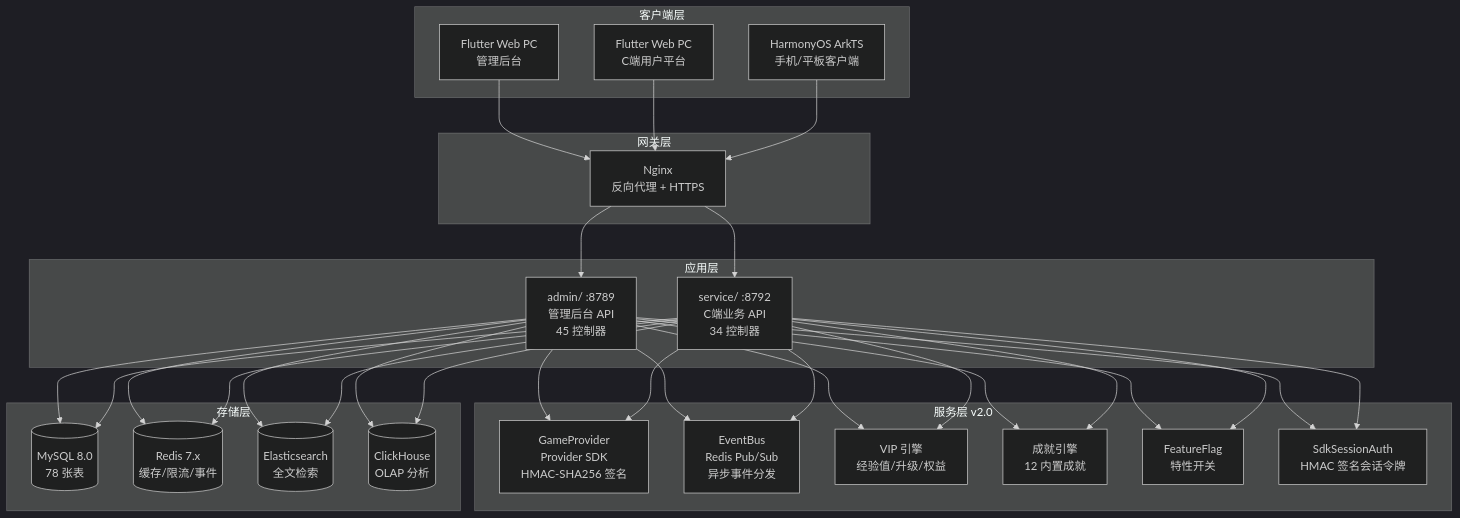
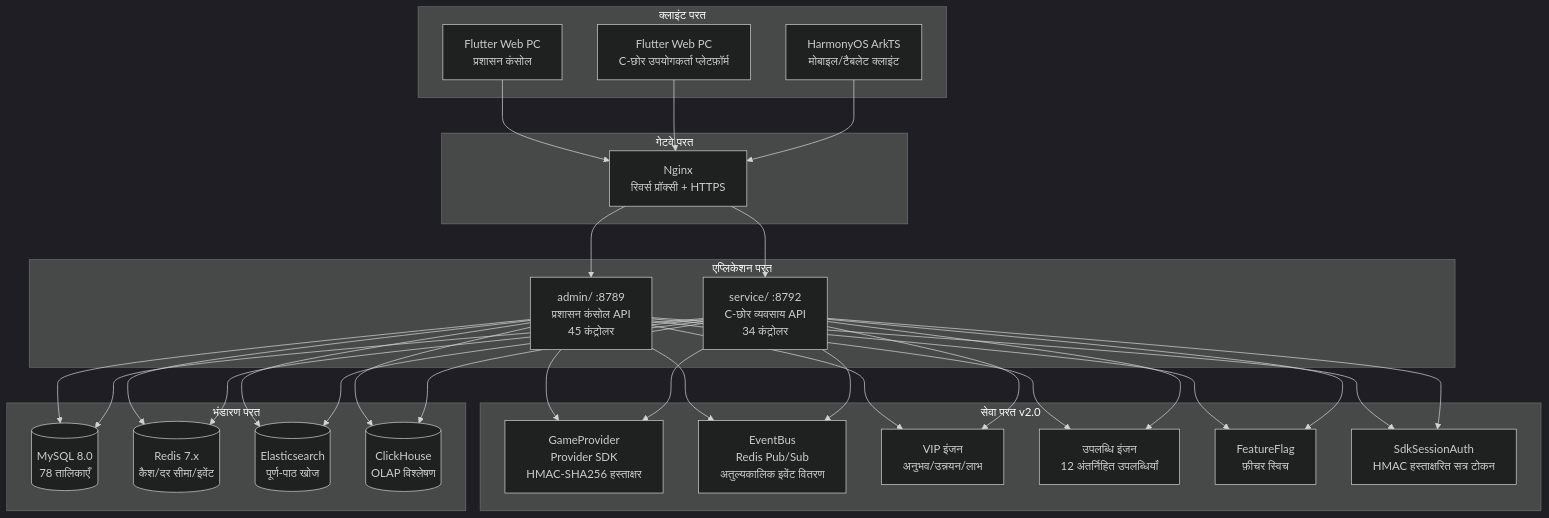
One commit to erikwang2013/game-platform-php changed the diagram in admin/docs/diagrams/01-system-architecture.hi.md. Above: the diagram before and after it, drawn with Mermaid (dark theme). The commit also changed 211 other files, not shown here.

First line of the commit message:
fix: 支付配置读回类型根治、提现事件对账巡检，12 语族 mermaid 与 API 标签本地化

````diff
--- a/admin/docs/diagrams/01-system-architecture.hi.md
+++ b/admin/docs/diagrams/01-system-architecture.hi.md
@@ -7,38 +7,38 @@
 ```mermaid
 flowchart TB
-    subgraph "客户端层"
-        A1["Flutter Web PC<br/>管理后台"]
-        A2["Flutter Web PC<br/>C端用户平台"]
-        A3["HarmonyOS ArkTS<br/>手机/平板客户端"]
+    subgraph "क्लाइंट परत"
+        A1["Flutter Web PC<br/>प्रशासन कंसोल"]
+        A2["Flutter Web PC<br/>C-छोर उपयोगकर्ता प्लेटफ़ॉर्म"]
+        A3["HarmonyOS ArkTS<br/>मोबाइल/टैबलेट क्लाइंट"]
     end
 
-    subgraph "网关层"
-        B1["Nginx<br/>反向代理 + HTTPS"]
+    subgraph "गेटवे परत"
+        B1["Nginx<br/>रिवर्स प्रॉक्सी + HTTPS"]
     end
 
-    subgraph "应用层"
-        C1["admin/ :8789<br/>管理后台 API<br/>45 控制器"]
-        C2["service/ :8792<br/>C端业务 API<br/>34 控制器"]
+    subgraph "एप्लिकेशन परत"
+        C1["admin/ :8789<br/>प्रशासन कंसोल API<br/>45 कंट्रोलर"]
+        C2["service/ :8792<br/>C-छोर व्यवसाय API<br/>34 कंट्रोलर"]
     end
 
-    subgraph "服务层 v2.0"
-        D1["GameProvider<br/>Provider SDK<br/>HMAC-SHA256 签名"]
-        D2["EventBus<br/>Redis Pub/Sub<br/>异步事件分发"]
-        D3["VIP 引擎<br/>经验值/升级/权益"]
-        D4["成就引擎<br/>12 内置成就"]
-        D5["FeatureFlag<br/>特性开关"]
-        D6["SdkSessionAuth<br/>HMAC 签名会话令牌"]
+    subgraph "सेवा परत v2.0"
+        D1["GameProvider<br/>Provider SDK<br/>HMAC-SHA256 हस्ताक्षर"]
+        D2["EventBus<br/>Redis Pub/Sub<br/>अतुल्यकालिक इवेंट वितरण"]
+        D3["VIP इंजन<br/>अनुभव/उन्नयन/लाभ"]
+        D4["उपलब्धि इंजन<br/>12 अंतर्निहित उपलब्धियाँ"]
+        D5["FeatureFlag<br/>फ़ीचर स्विच"]
+        D6["SdkSessionAuth<br/>HMAC हस्ताक्षरित सत्र टोकन"]
     end
 
-    subgraph "存储层"
-        E1[("MySQL 8.0<br/>78 张表")]
-        E2[("Redis 7.x<br/>缓存/限流/事件")]
-        E3[("Elasticsearch<br/>全文检索")]
-        E4[("ClickHouse<br/>OLAP 分析")]
+    subgraph "भंडारण परत"
+        E1[("MySQL 8.0<br/>78 तालिकाएँ")]
+        E2[("Redis 7.x<br/>कैश/दर सीमा/इवेंट")]
+        E3[("Elasticsearch<br/>पूर्ण-पाठ खोज")]
+        E4[("ClickHouse<br/>OLAP विश्लेषण")]
     end
 
     A1 & A2 & A3 --> B1
     B1 --> C1 & C2
     C1 & C2 --> D1 & D2 & D3 & D4 & D5 & D6
     C1 & C2 --> E1 & E2 & E3 & E4
 ```
````
